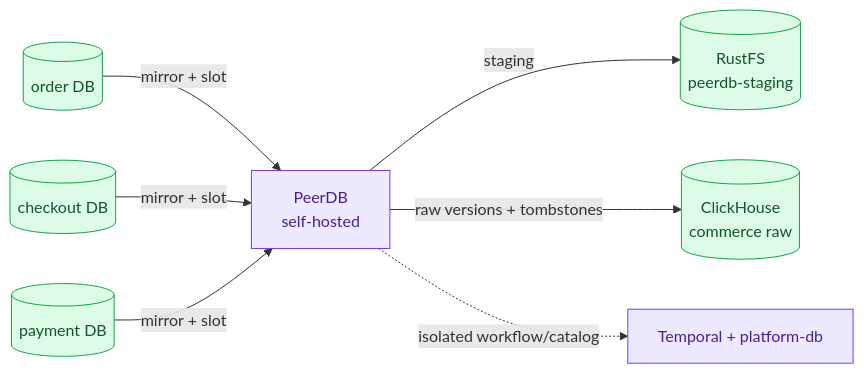
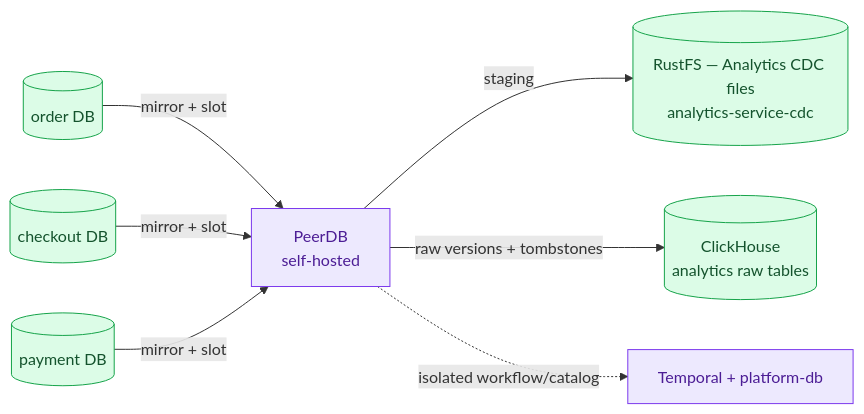
One commit to duynhlab/homelab changed the diagram in docs/proposals/adr/ADR-066-adopt-peerdb-for-commerce-cdc/README.md. Above: the diagram before and after it, drawn with Mermaid. The commit also changed other lines of this file and 9 other files, not shown here.

Commit message:
Align CDC resource names with analytics service

````diff
--- a/docs/proposals/adr/ADR-066-adopt-peerdb-for-commerce-cdc/README.md
+++ b/docs/proposals/adr/ADR-066-adopt-peerdb-for-commerce-cdc/README.md
@@ -88,14 +93,14 @@
 ```mermaid
 flowchart LR
     O[("order DB")] -->|"mirror + slot"| P["PeerDB<br/>self-hosted"]
     C[("checkout DB")] -->|"mirror + slot"| P
     M[("payment DB")] -->|"mirror + slot"| P
-    P -->|"staging"| R[("RustFS<br/>peerdb-staging")]
-    P -->|"raw versions + tombstones"| CH[("ClickHouse<br/>commerce raw")]
+    P -->|"staging"| R[("RustFS — Analytics CDC files<br/>analytics-service-cdc")]
+    P -->|"raw versions + tombstones"| CH[("ClickHouse<br/>analytics raw tables")]
     P -.->|"isolated workflow/catalog"| D["Temporal + platform-db"]
 
     classDef platform fill:#ede9fe,color:#4c1d95,stroke:#7c3aed;
     classDef data fill:#dcfce7,color:#14532d,stroke:#16a34a;
     class O,C,M,R,CH data;
     class P,D platform;
 ```
````
